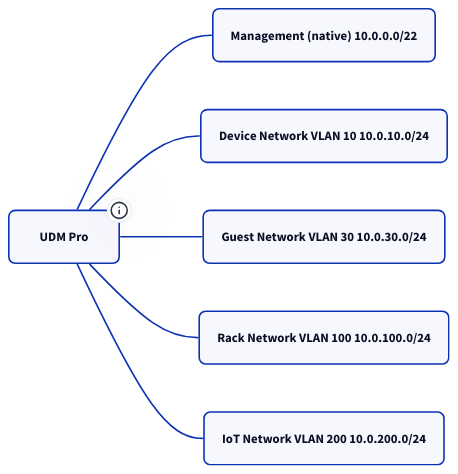
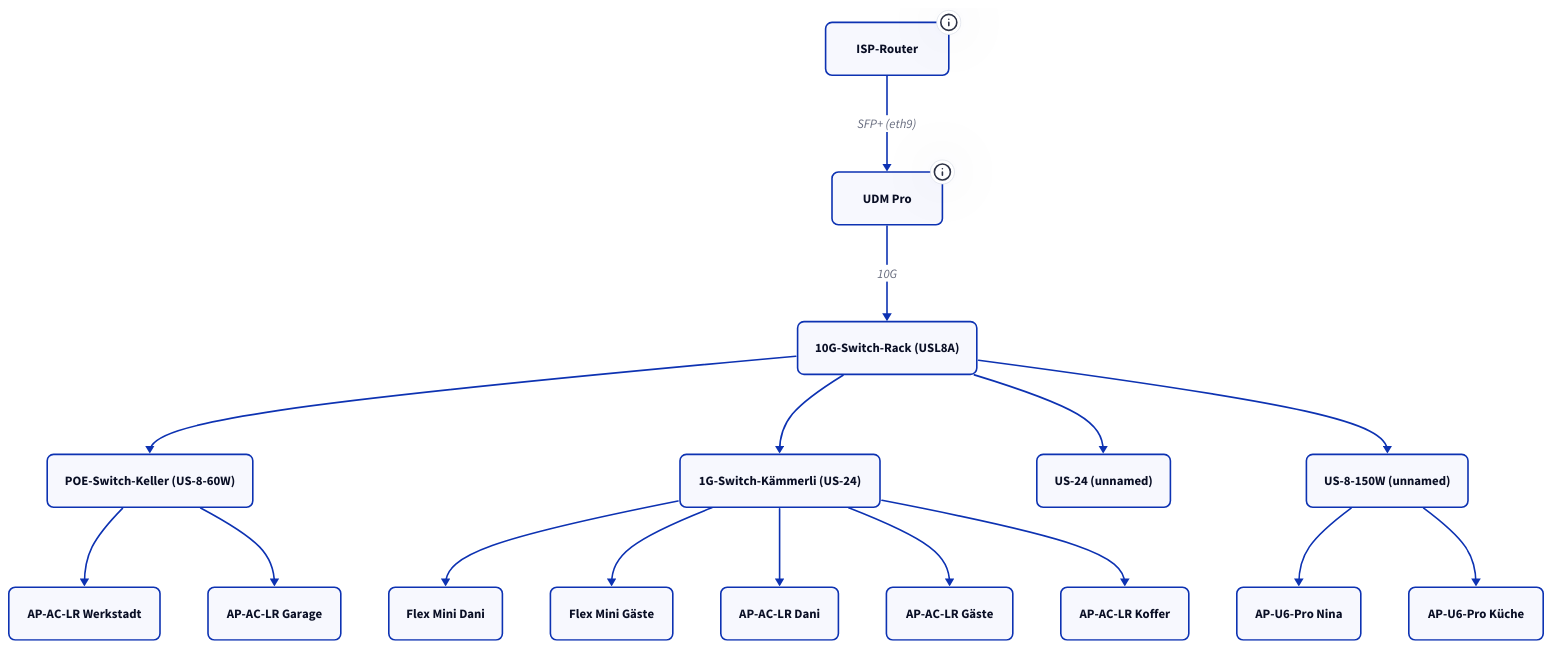
The second of 2 diagrams in docs/netzwerk/index.md (derever-labs/homelab-wiki), drawn with D2 before and after one commit. The commit also changed other lines of this file and 109 other files, not shown here.

````diff
--- a/docs/netzwerk/index.md
+++ b/docs/netzwerk/index.md
@@ -106,16 +108,36 @@
 ```d2
-direction: right
+direction: down
 
-UDMPRO: UDM Pro { tooltip: "10.0.0.1"; style.border-radius: 8 }
-MGMT: "Management (native) 10.0.0.0/22" { style.border-radius: 8 }
-DEV: "Device Network VLAN 10 10.0.10.0/24" { style.border-radius: 8 }
-GUEST: "Guest Network VLAN 30 10.0.30.0/24" { style.border-radius: 8 }
-RACK: "Rack Network VLAN 100 10.0.100.0/24" { style.border-radius: 8 }
-IOT: "IoT Network VLAN 200 10.0.200.0/24" { style.border-radius: 8 }
+ISP: ISP-Router { tooltip: "WAN-Uplink"; style.border-radius: 8 }
+UDM: UDM Pro { tooltip: "Gateway + Controller"; style.border-radius: 8 }
+AGG: "10G-Switch-Rack (USL8A)" { style.border-radius: 8 }
+SW_KELLER: "POE-Switch-Keller (US-8-60W)" { style.border-radius: 8 }
+SW_KAMMERLI: "1G-Switch-Kämmerli (US-24)" { style.border-radius: 8 }
+SW_24_2: "US-24 (unnamed)" { style.border-radius: 8 }
+SW_150W: "US-8-150W (unnamed)" { style.border-radius: 8 }
+FLEX_DANI: Flex Mini Dani { style.border-radius: 8 }
+FLEX_GAESTE: Flex Mini Gäste { style.border-radius: 8 }
+AP_WERKSTADT: "AP-AC-LR Werkstadt" { style.border-radius: 8 }
+AP_DANI: "AP-AC-LR Dani" { style.border-radius: 8 }
+AP_GASTE: "AP-AC-LR Gäste" { style.border-radius: 8 }
+AP_KOFFER: "AP-AC-LR Koffer" { style.border-radius: 8 }
+AP_GARAGE: "AP-AC-LR Garage" { style.border-radius: 8 }
+AP_NINA: "AP-U6-Pro Nina" { style.border-radius: 8 }
+AP_KUCHE: "AP-U6-Pro Küche" { style.border-radius: 8 }
 
-UDMPRO -- MGMT
-UDMPRO -- DEV
-UDMPRO -- GUEST
-UDMPRO -- RACK
-UDMPRO -- IOT
+ISP -> UDM: "SFP+ (eth9)"
+UDM -> AGG: 10G
+AGG -> SW_KELLER
+AGG -> SW_KAMMERLI
+AGG -> SW_24_2
+AGG -> SW_150W
+SW_KAMMERLI -> FLEX_DANI
+SW_KAMMERLI -> FLEX_GAESTE
+SW_KELLER -> AP_WERKSTADT
+SW_KELLER -> AP_GARAGE
+SW_KAMMERLI -> AP_DANI
+SW_KAMMERLI -> AP_GASTE
+SW_KAMMERLI -> AP_KOFFER
+SW_150W -> AP_NINA
+SW_150W -> AP_KUCHE
 ```
````
